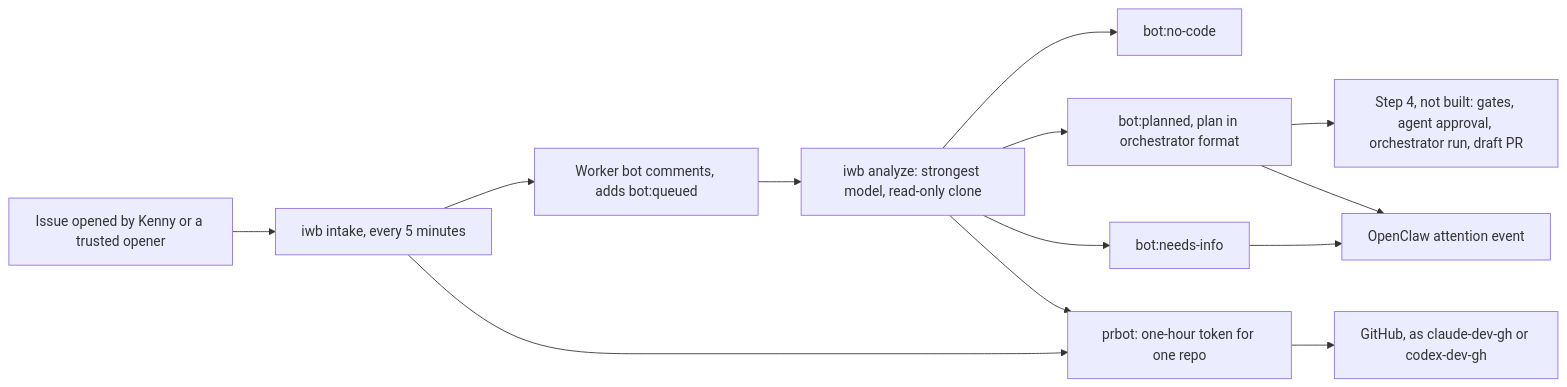
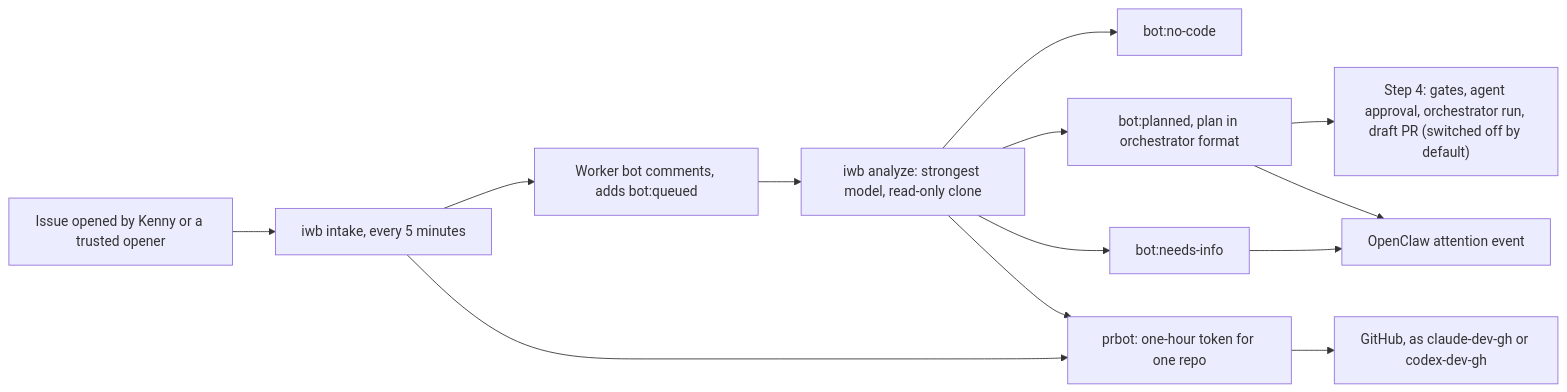
Before and after one commit to kennylhilljr/issue-worker-bots: the diagram in README.md, drawn with Mermaid. The commit also changed other lines of this file and 3 other files, not shown here.

````diff
--- a/README.md
+++ b/README.md
@@ -34,15 +34,15 @@
 ```mermaid
 flowchart LR
     KENNY["Issue opened by Kenny or a trusted opener"] --> INTAKE["iwb intake, every 5 minutes"]
     INTAKE --> QUEUE["Worker bot comments, adds bot:queued"]
     QUEUE --> ANALYZE["iwb analyze: strongest model, read-only clone"]
     ANALYZE --> NOCODE["bot:no-code"]
     ANALYZE --> QUESTIONS["bot:needs-info"]
     ANALYZE --> PLAN["bot:planned, plan in orchestrator format"]
-    PLAN --> STEP4["Step 4, not built: gates, agent approval, orchestrator run, draft PR"]
+    PLAN --> STEP4["Step 4: gates, agent approval, orchestrator run, draft PR (switched off by default)"]
     QUESTIONS --> OPENCLAW["OpenClaw attention event"]
     PLAN --> OPENCLAW
     INTAKE --> PRBOT["prbot: one-hour token for one repo"]
     ANALYZE --> PRBOT
     PRBOT --> GITHUB["GitHub, as claude-dev-gh or codex-dev-gh"]
 ```
````
